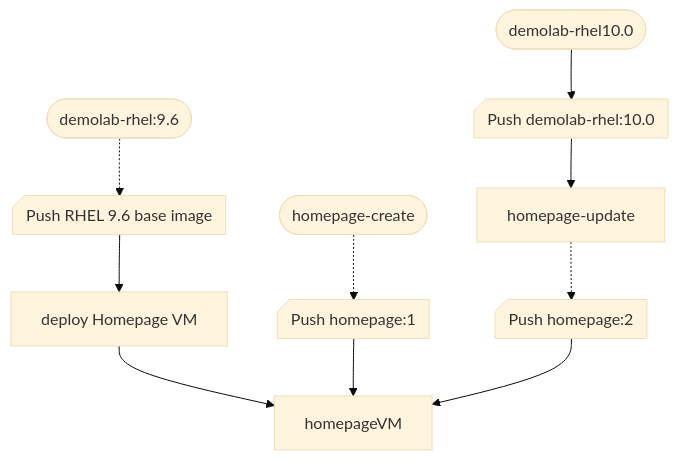
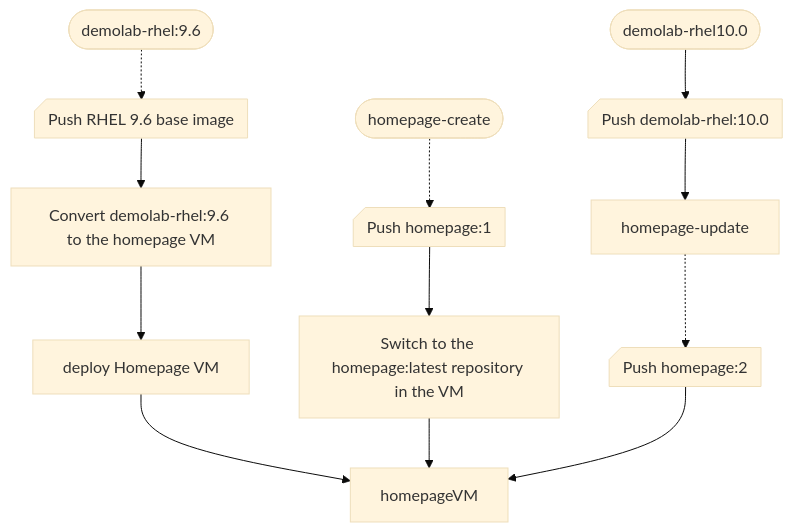
The first of 2 diagrams in README.md (jvdbreggen/imagemodedemo), drawn with Mermaid (base theme) before and after one commit. The commit also changed other lines of this file, not shown here.

Commit message:
Update flow diagram, add notes section

````diff
--- a/README.md
+++ b/README.md
@@ -8,12 +8,14 @@
 ```mermaid
 graph TD;
-    demolab96([demolab-rhel:9.6])-.->pushrhel96@{ shape: notch-rect, label: "Push RHEL 9.6 base image" }-->
+    demolab96([demolab-rhel:9.6])-.->pushrhel96@{ shape: notch-rect, label: "Push RHEL 9.6 base image" };
+    createqcow2[Convert demolab-rhel:9.6 to the homepage VM]-->homepagevm1;
+    pushrhel96-->createqcow2;
     homepagevm1[deploy Homepage VM]-->homepageVM;
     homepagecreate([homepage-create])-.->pushhomepagecreate@{ shape: notch-rect, label: "Push homepage:1" };
-    pushhomepagecreate-->homepageVM;
+    pushhomepagecreate-->switchhomepage[Switch to the homepage:latest repository in the VM]
+    switchhomepage--> homepageVM;
     demolab10([demolab-rhel10.0])-->pushrhel10@{ shape: notch-rect, label: "Push demolab-rhel:10.0" };
     homepageupdate[homepage-update]-.->pushhomepageupdate@{ shape: notch-rect, label: "Push homepage:2" }
     pushrhel10-->homepageupdate;
     pushhomepageupdate-->homepageVM;
-
 ```
````
